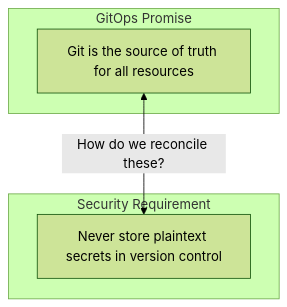
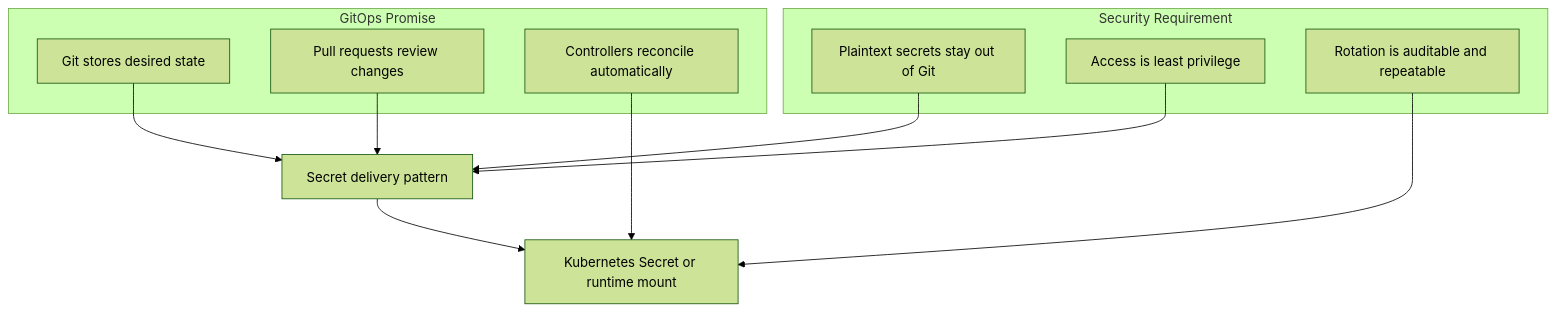
One commit to krisztiankoos/kubedojo changed the first of 8 diagrams in src/content/docs/platform/disciplines/delivery-automation/gitops/module-3.5-secrets.md. Above: the diagram before and after it, drawn with Mermaid (forest theme). The commit also changed other lines of this file, not shown here.

First line of the commit message:
quality(rewrite): codex rewrite platform-disciplines-delivery-automation-gitops-module-3.5-secrets (attempt cf5bfe4bbacb)

````diff
--- a/src/content/docs/platform/disciplines/delivery-automation/gitops/module-3.5-secrets.md
+++ b/src/content/docs/platform/disciplines/delivery-automation/gitops/module-3.5-secrets.md
@@ -83,10 +111,22 @@
 ```mermaid
 graph TD
-    subgraph GitOps Promise
-    A["Git is the source of truth for all resources"]
+    subgraph "GitOps Promise"
+        A["Git stores desired state"]
+        B["Pull requests review changes"]
+        C["Controllers reconcile automatically"]
     end
-    subgraph Security Requirement
-    B["Never store plaintext secrets in version control"]
+
+    subgraph "Security Requirement"
+        D["Plaintext secrets stay out of Git"]
+        E["Access is least privilege"]
+        F["Rotation is auditable and repeatable"]
     end
-    A <-->|How do we reconcile these?| B
+
+    A --> G["Secret delivery pattern"]
+    D --> G
+    G --> H["Kubernetes Secret or runtime mount"]
+    B --> G
+    C --> H
+    E --> G
+    F --> H
 ```
````
